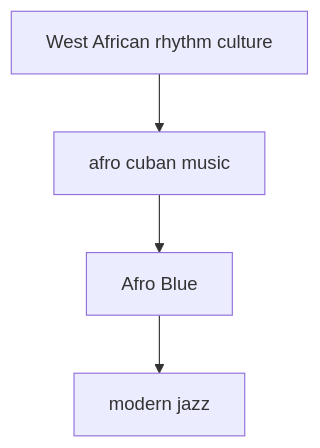
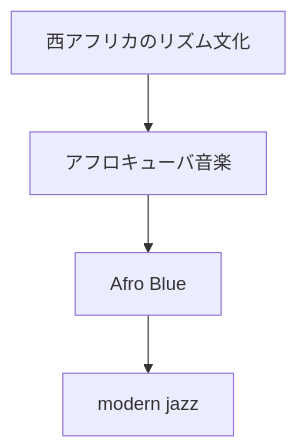
Before and after one commit to monumental-movement/monumental-movement.github.io: the second of 7 diagrams in en/_posts/2026-06-25-column-mongo-santamaria.md, drawn with Mermaid. The commit also changed other lines of this file and 2196 other files, not shown here.

```diff
--- a/en/_posts/2026-06-25-column-mongo-santamaria.md
+++ b/en/_posts/2026-06-25-column-mongo-santamaria.md
@@ -384,12 +383,12 @@
 <div class="mermaid">
 graph TD
-A[West African rhythm culture]
-B[afro cuban music]
+A[西アフリカのリズム文化]
+B[アフロキューバ音楽]
 C[Afro Blue]
 D[modern jazz]
 
 A --> B
 B --> C
 C --> D
 
 </div>
```
